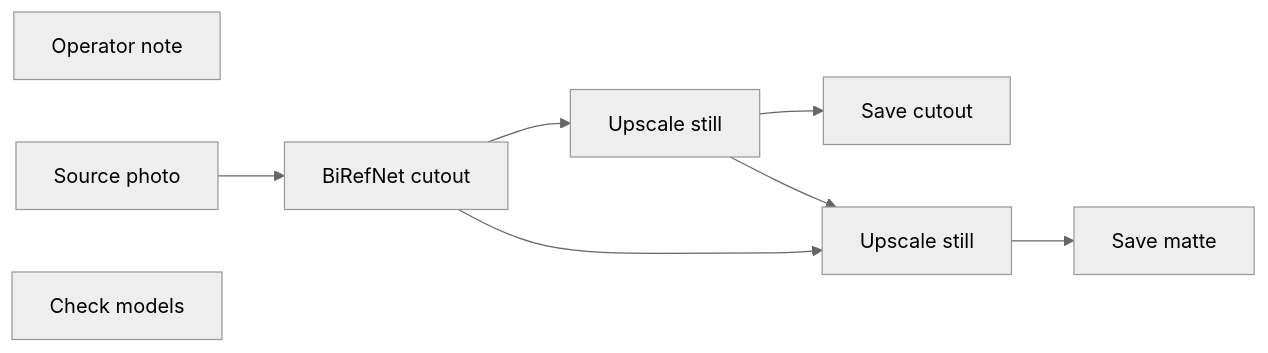
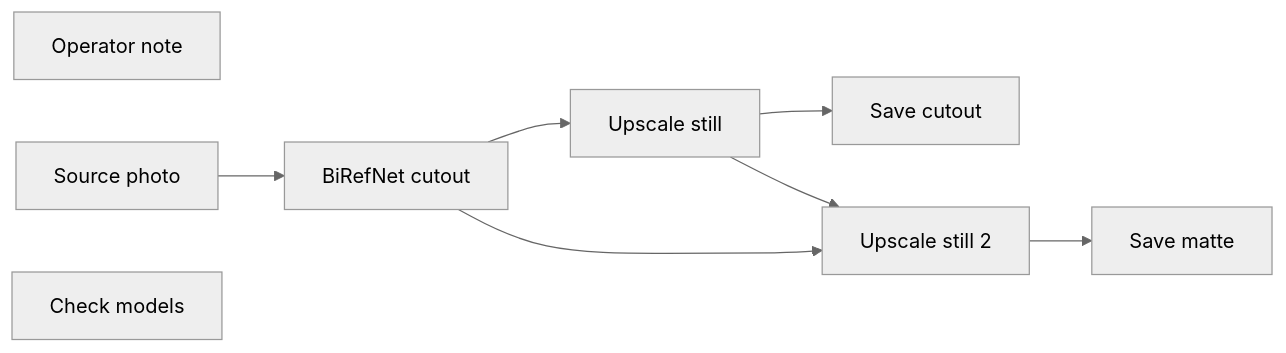
The diagram in docs/generated/workflows/photos/cutout.md (toxicoder/ez-comfy-stack), drawn with Mermaid (neutral theme) before and after one commit. The commit also changed other lines of this file and 49 other files, not shown here.

````diff
--- a/docs/generated/workflows/photos/cutout.md
+++ b/docs/generated/workflows/photos/cutout.md
@@ -76,17 +76,17 @@
 ```mermaid
 flowchart LR
   N1["Operator note"]
   N2["Source photo"]
   N3["BiRefNet cutout"]
   N4["Save cutout"]
   N5["Save matte"]
   N6["Upscale still"]
-  N7["Upscale still"]
+  N7["Upscale still 2"]
   N8["Check models"]
   N2 --> N3
   N3 --> N6
   N3 --> N7
   N6 --> N4
   N6 --> N7
   N7 --> N5
 ```
````
